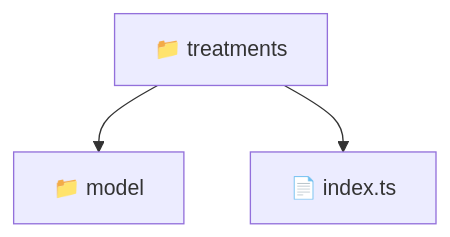
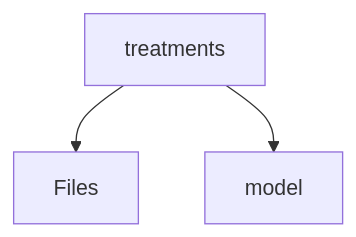
The diagram in frontend/src/features/treatments/README.md (beginwebdev2002/fullstack-mavluda), drawn with Mermaid before and after one commit. The commit also changed other lines of this file and 163 other files, not shown here.

First line of the commit message:
feat: autogenerate localized directory readmes for architectural transparency

````diff
--- a/frontend/src/features/treatments/README.md
+++ b/frontend/src/features/treatments/README.md
@@ -11,6 +12,5 @@
 ```mermaid
 graph TD
-  Root["📁 treatments"]
-  Root --> model["📁 model"]
-  Root --> index_ts["📄 index.ts"]
+    treatments[treatments] --> Files
+    treatments --> model[model]
 ```
````
